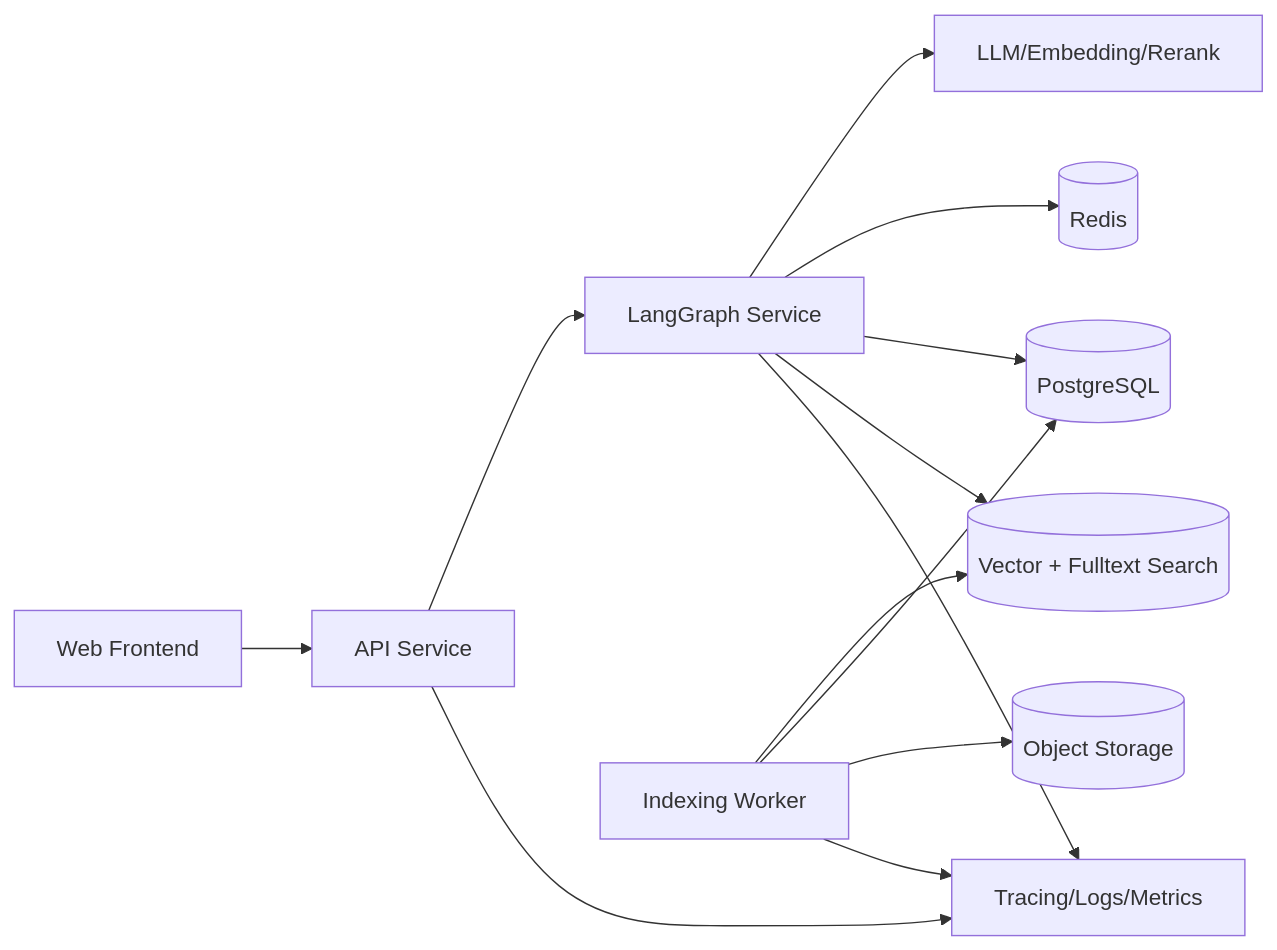
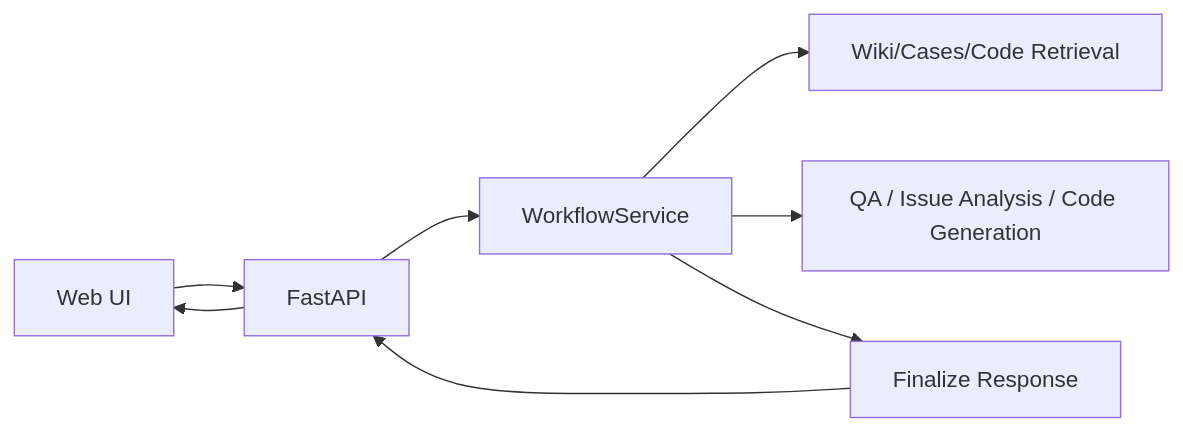
The first of 2 diagrams in docs/智能问答问题分析系统整体设计.md (Ocean52-XIE/dsp_agent), drawn with Mermaid before and after one commit. The commit also changed other lines of this file and 46 other files, not shown here.

````diff
--- a/docs/智能问答问题分析系统整体设计.md
+++ b/docs/智能问答问题分析系统整体设计.md
@@ -291,15 +19,9 @@
 ```mermaid
 flowchart LR
-    FE[Web Frontend] --> API[API Service]
-    API --> GRAPH[LangGraph Service]
-    GRAPH --> MODEL[LLM/Embedding/Rerank]
-    GRAPH --> REDIS[(Redis)]
-    GRAPH --> PG[(PostgreSQL)]
-    GRAPH --> ES[(Vector + Fulltext Search)]
-    INDEXER[Indexing Worker] --> ES
-    INDEXER --> PG
-    INDEXER --> OBJ[(Object Storage)]
-    API --> OBS[Tracing/Logs/Metrics]
-    GRAPH --> OBS
-    INDEXER --> OBS
+    UI[Web UI] --> API[FastAPI]
+    API --> WF[WorkflowService]
+    WF --> RETRIEVE[Wiki/Cases/Code Retrieval]
+    WF --> ANALYZE[QA / Issue Analysis / Code Generation]
+    WF --> FINAL[Finalize Response]
+    FINAL --> API --> UI
 ```
````
